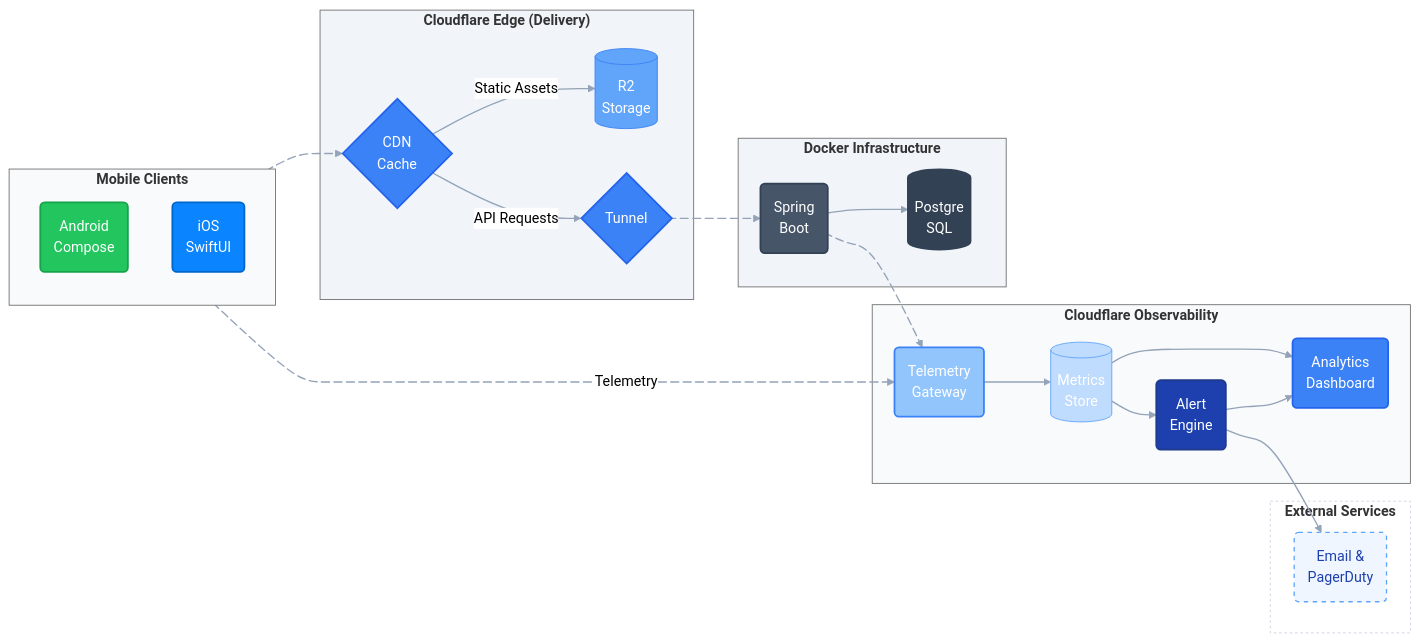
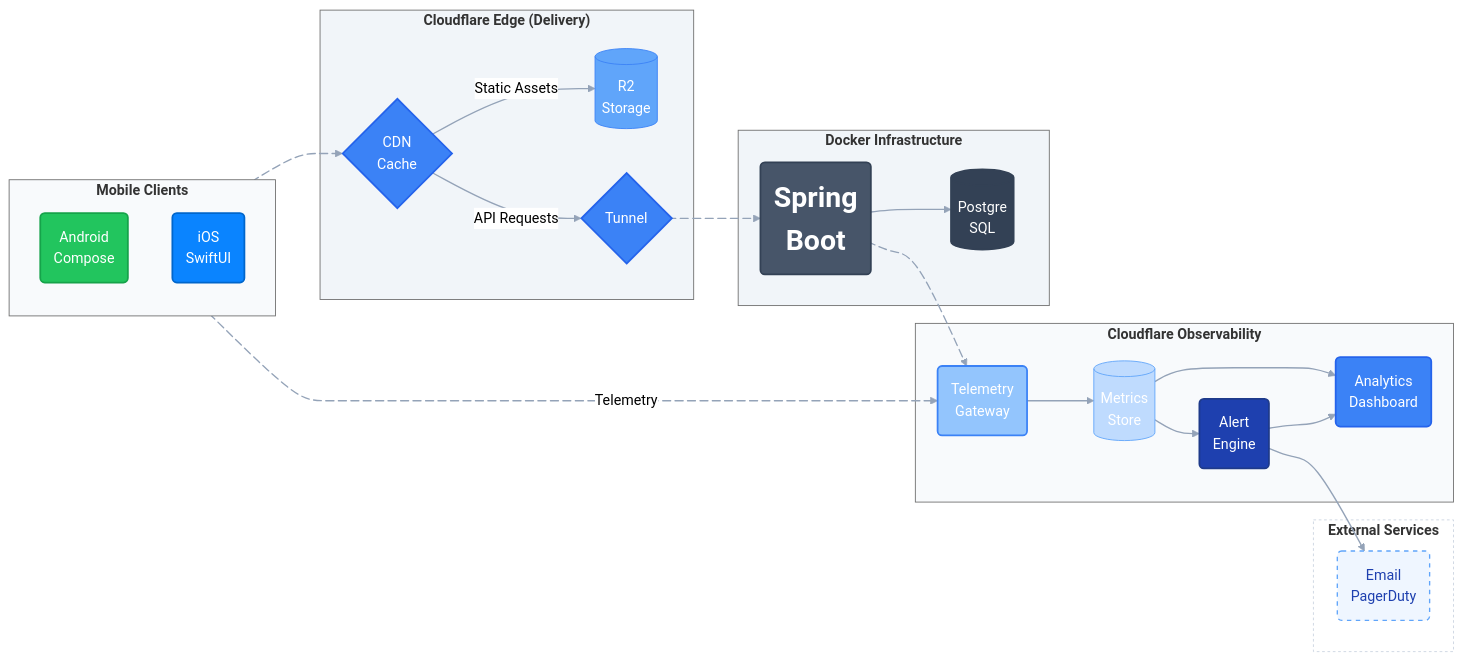
Before and after one commit to susui888/susui888: the diagram in README.md, drawn with Mermaid (neutral theme).

Commit message:
Refactor README.md for better readability
Updated README.md to improve formatting and links.

````diff
--- a/README.md
+++ b/README.md
@@ -38,12 +38,12 @@
                 end
 
                 subgraph Docker ["`**Docker Infrastructure**`"]
-                E(Spring\nBoot)
+                E("`**<span style='font-size:2em;color:white;'>Spring<br>Boot</span>**`")
                 H[(Postgre\nSQL)]
                 end
 
                 subgraph External ["`**External Services**`"]
-                N1(Email &\nPagerDuty)
+                N1(Email\nPagerDuty)
                 end
 
                 %% =========================
@@ -64,7 +64,7 @@
 
                 W --> D1
                 D1 --> MON
-
+                
                 %% Alert Engine reads data from D1
                 D1 --> AL
 
@@ -128,9 +128,4 @@
                 %% =========================
 
                 linkStyle default stroke:#94a3b8,stroke-width:1.5px
-
-                click A "https://github.com/susui888/coollib-android"
-                click B "https://github.com/susui888/coollib-ios"
-                click E "https://github.com/susui888/CoolLeaf"
-                click W "https://github.com/susui888/coollib-dashboards"
 ```
````
